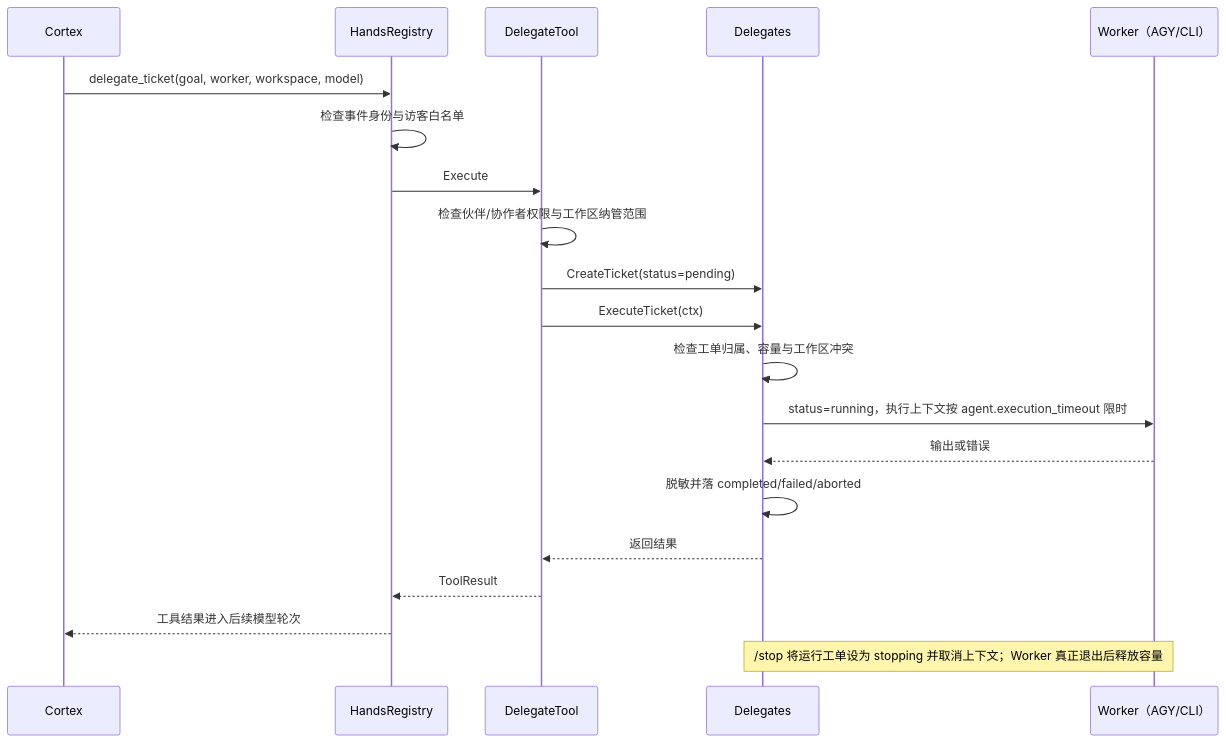
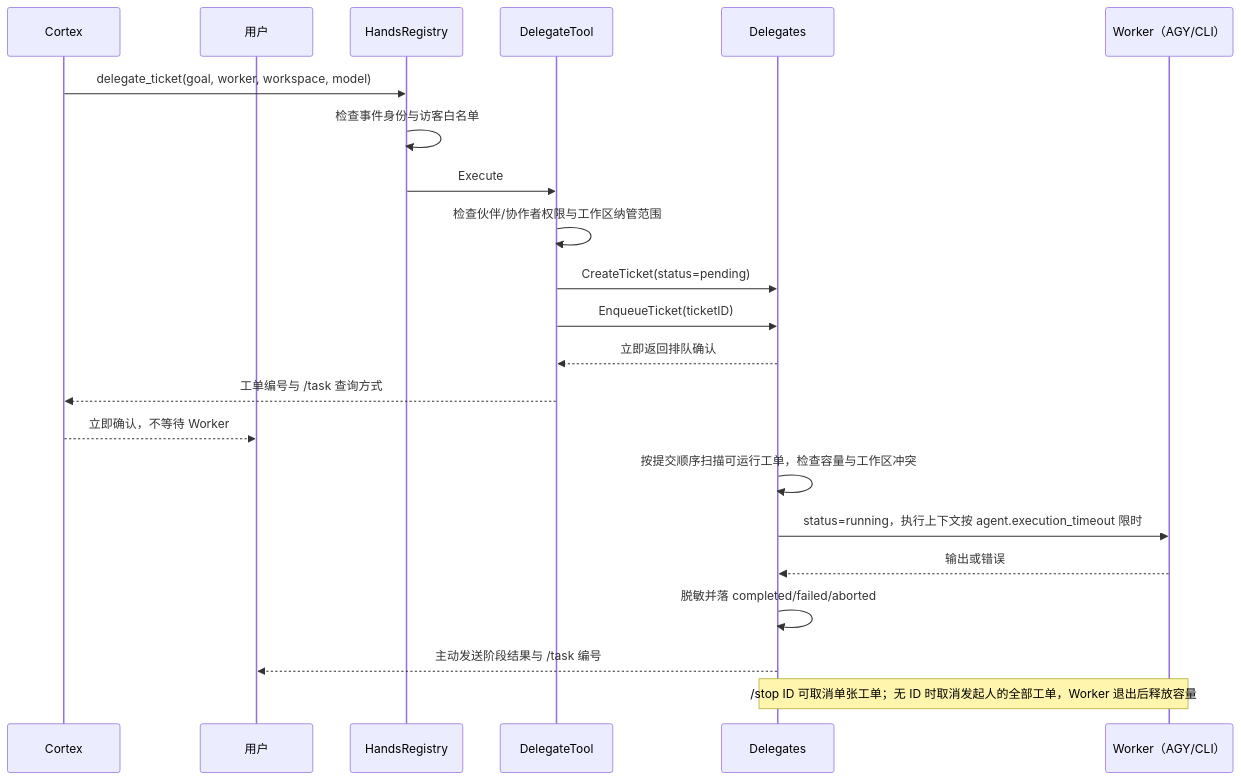
Before and after one commit to Ruixi-rebirth/daidai: the first of 2 diagrams in docs/workflow/agents.md, drawn with Mermaid. The commit also changed other lines of this file and 11 other files, not shown here.

````diff
--- a/docs/workflow/agents.md
+++ b/docs/workflow/agents.md
@@ -5,22 +5,24 @@
 ```mermaid
 sequenceDiagram
     participant C as Cortex
+    participant U as 用户
     participant H as HandsRegistry
     participant T as DelegateTool
     participant D as Delegates
     participant W as Worker（AGY/CLI）
     C->>H: delegate_ticket(goal, worker, workspace, model)
     H->>H: 检查事件身份与访客白名单
     H->>T: Execute
     T->>T: 检查伙伴/协作者权限与工作区纳管范围
     T->>D: CreateTicket(status=pending)
-    T->>D: ExecuteTicket(ctx)
-    D->>D: 检查工单归属、容量与工作区冲突
+    T->>D: EnqueueTicket(ticketID)
+    D-->>T: 立即返回排队确认
+    T-->>C: 工单编号与 /task 查询方式
+    C-->>U: 立即确认，不等待 Worker
+    D->>D: 按提交顺序扫描可运行工单，检查容量与工作区冲突
     D->>W: status=running，执行上下文按 agent.execution_timeout 限时
     W-->>D: 输出或错误
     D->>D: 脱敏并落 completed/failed/aborted
-    D-->>T: 返回结果
-    T-->>H: ToolResult
-    H-->>C: 工具结果进入后续模型轮次
-    Note over D,W: /stop 将运行工单设为 stopping 并取消上下文；Worker 真正退出后释放容量
+    D-->>U: 主动发送阶段结果与 /task 编号
+    Note over D,W: /stop ID 可取消单张工单；无 ID 时取消发起人的全部工单，Worker 退出后释放容量
 ```
````
